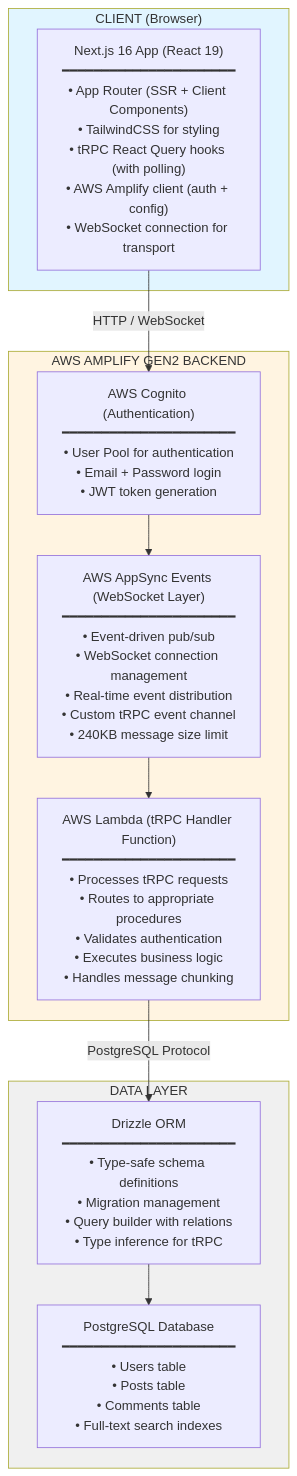
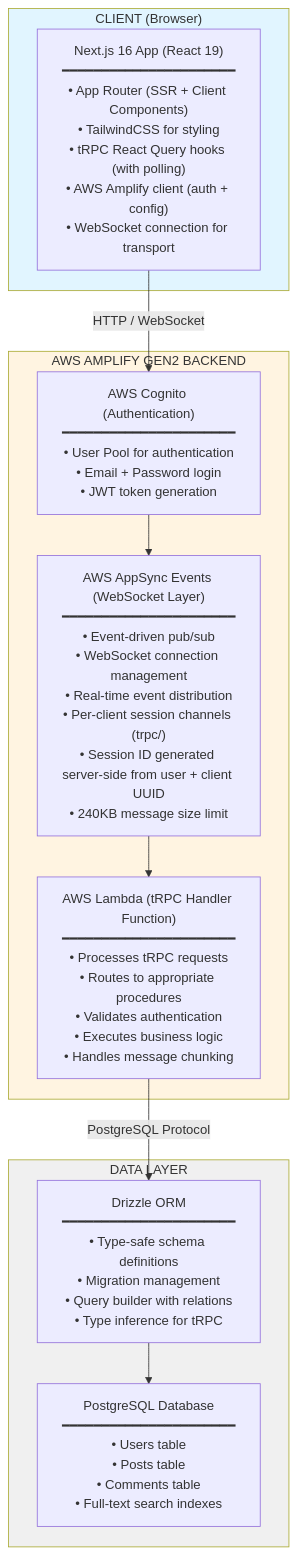
Before and after one commit to mattiarossi/playground-trpc-amplify: the first of 10 diagrams in specs/architecture-detailed.md, drawn with Mermaid. The commit also changed other lines of this file and 8 other files, not shown here.

First line of the commit message:
feat: implement secure per-client WebSocket session management

````diff
--- a/specs/architecture-detailed.md
+++ b/specs/architecture-detailed.md
@@ -5,32 +5,32 @@
 ```mermaid
 graph TB
     subgraph Client["CLIENT (Browser)"]
         NextJS["Next.js 16 App (React 19)<br/>━━━━━━━━━━━━━━━━━━━━━━<br/>• App Router (SSR + Client Components)<br/>• TailwindCSS for styling<br/>• tRPC React Query hooks (with polling)<br/>• AWS Amplify client (auth + config)<br/>• WebSocket connection for transport"]
     end
     
     subgraph Backend["AWS AMPLIFY GEN2 BACKEND"]
         Cognito["AWS Cognito (Authentication)<br/>━━━━━━━━━━━━━━━━━━━━━━<br/>• User Pool for authentication<br/>• Email + Password login<br/>• JWT token generation"]
         
-        AppSync["AWS AppSync Events (WebSocket Layer)<br/>━━━━━━━━━━━━━━━━━━━━━━<br/>• Event-driven pub/sub<br/>• WebSocket connection management<br/>• Real-time event distribution<br/>• Custom tRPC event channel<br/>• 240KB message size limit"]
+        AppSync["AWS AppSync Events (WebSocket Layer)<br/>━━━━━━━━━━━━━━━━━━━━━━<br/>• Event-driven pub/sub<br/>• WebSocket connection management<br/>• Real-time event distribution<br/>• Per-client session channels (trpc/<session-id>)<br/>• Session ID generated server-side from user + client UUID<br/>• 240KB message size limit"]
         
         Lambda["AWS Lambda (tRPC Handler Function)<br/>━━━━━━━━━━━━━━━━━━━━━━<br/>• Processes tRPC requests<br/>• Routes to appropriate procedures<br/>• Validates authentication<br/>• Executes business logic<br/>• Handles message chunking"]
         
         Cognito --> AppSync
         AppSync --> Lambda
     end
     
     subgraph DataLayer["DATA LAYER"]
         Drizzle["Drizzle ORM<br/>━━━━━━━━━━━━━━━━━━━━━━<br/>• Type-safe schema definitions<br/>• Migration management<br/>• Query builder with relations<br/>• Type inference for tRPC"]
         
         Postgres["PostgreSQL Database<br/>━━━━━━━━━━━━━━━━━━━━━━<br/>• Users table<br/>• Posts table<br/>• Comments table<br/>• Full-text search indexes"]
         
         Drizzle --> Postgres
     end
     
     NextJS -->|HTTP / WebSocket| Cognito
     Lambda -->|PostgreSQL Protocol| Drizzle
     
     style Client fill:#e1f5ff
     style Backend fill:#fff4e1
     style DataLayer fill:#f0f0f0
 ```
````
